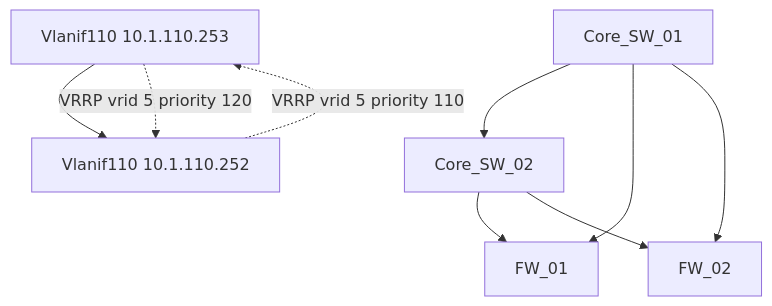
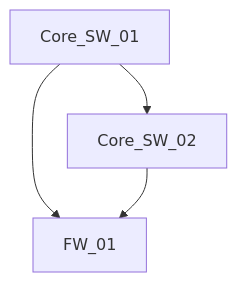
The diagram in outputs/topology_problem_2.md (KG-khangelani/Telco-Troubleshooting-Agentic-Challenge-B), drawn with Mermaid before and after one commit. The commit also changed 8 other files, not shown here.

````diff
--- a/outputs/topology_problem_2.md
+++ b/outputs/topology_problem_2.md
@@ -1,11 +1,6 @@
 ```mermaid
 graph TD
   Core_SW_01 --> Core_SW_02
   Core_SW_01 --> FW_01
-  Core_SW_01 --> FW_02
   Core_SW_02 --> FW_01
-  Core_SW_02 --> FW_02
-  Core_SW_01_Vlanif110[Vlanif110 10.1.110.253] --> Core_SW_02_Vlanif110[Vlanif110 10.1.110.252]
-  Core_SW_01_Vlanif110 -.->|VRRP vrid 5 priority 120| Core_SW_02_Vlanif110
-  Core_SW_02_Vlanif110 -.->|VRRP vrid 5 priority 110| Core_SW_01_Vlanif110
 ```
````
